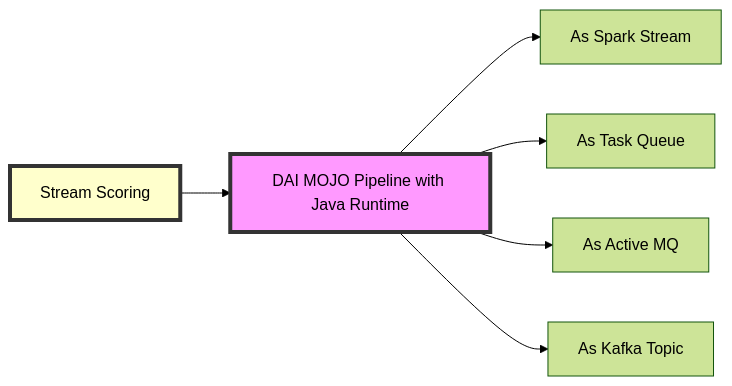
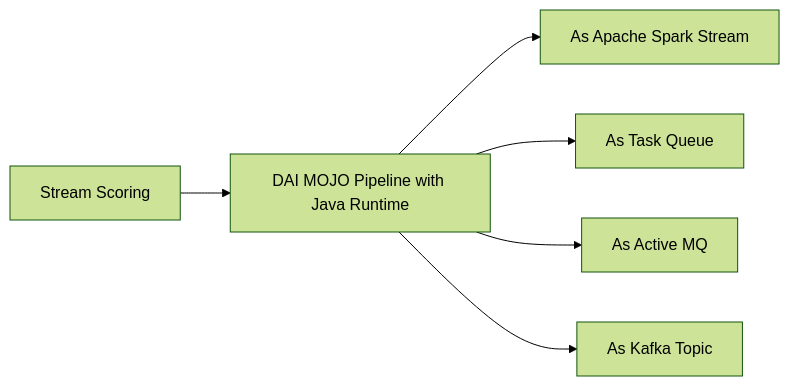
The third of 3 diagrams in docs/index.md (h2oai/mlops-dai-runtimes), drawn with Mermaid (forest theme) before and after one commit. The commit also changed other lines of this file, not shown here.

Commit message:
added links to diagram

````diff
--- a/docs/index.md
+++ b/docs/index.md
@@ -57,14 +66,13 @@
 ```mermaid
 graph LR;
   
   A["Stream Scoring"]-->AA[DAI MOJO Pipeline with Java Runtime];
   
-  AA-->AAA["As Spark Stream"]
+  AA-->AAA["As Apache Spark Stream"]
   AA-->AAB["As Task Queue "]
   AA-->AAC["As Active MQ"]
   AA-->AAD["As Kafka Topic"]
   
-  classDef className fill:#f9f,stroke:#333,stroke-width:4px;
-  style A fill:#FFFFCC
-  class start,A,AA,AB className;
+  click AAD "https://github.com/h2oai/dai-deployment-examples/blob/master/mojo-flink/daimojo-flink-kafka.md"
+  
 ```
````
